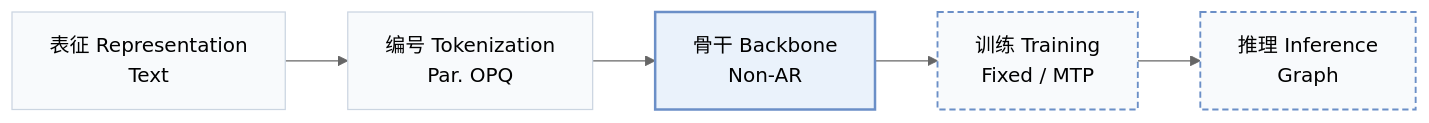
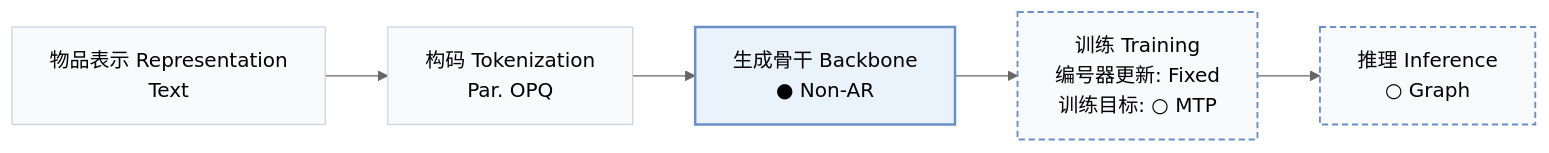
The first of 4 diagrams in pages/zh/papers/rpg.md (Galaxy-ghost/Awesome-SID-Generative-Rec), drawn with Mermaid (neutral theme) before and after one commit. The commit also changed other lines of this file and 558 other files, not shown here.

````diff
--- a/pages/zh/papers/rpg.md
+++ b/pages/zh/papers/rpg.md
@@ -15,10 +18,10 @@
 ```mermaid
 flowchart LR
-    R["表征 Representation<br/>Text"] --> T["编号 Tokenization<br/>Par. OPQ"] --> B["骨干 Backbone<br/>Non-AR"] --> TR["训练 Training<br/>Fixed / MTP"] --> I["推理 Inference<br/>Graph"]
+    R["物品表示 Representation<br/>Text"] --> T["构码 Tokenization<br/>Par. OPQ"] --> B["生成骨干 Backbone<br/>● Non-AR"] --> TR["训练 Training<br/>编号器更新: Fixed<br/>训练目标: ○ MTP"] --> I["推理 Inference<br/>○ Graph"]
     classDef base fill:#f8fafc,stroke:#cbd5e1
     class R,T,B,TR,I base
-    classDef also fill:#f8fafc,stroke:#6b8fc7,stroke-width:1.5px,stroke-dasharray:5 3
-    class TR,I also
+    classDef other fill:#f8fafc,stroke:#6b8fc7,stroke-width:1.5px,stroke-dasharray:5 3
+    class TR,I other
     classDef main fill:#eaf2fb,stroke:#6b8fc7,stroke-width:2px
     class B main
 ```
````
